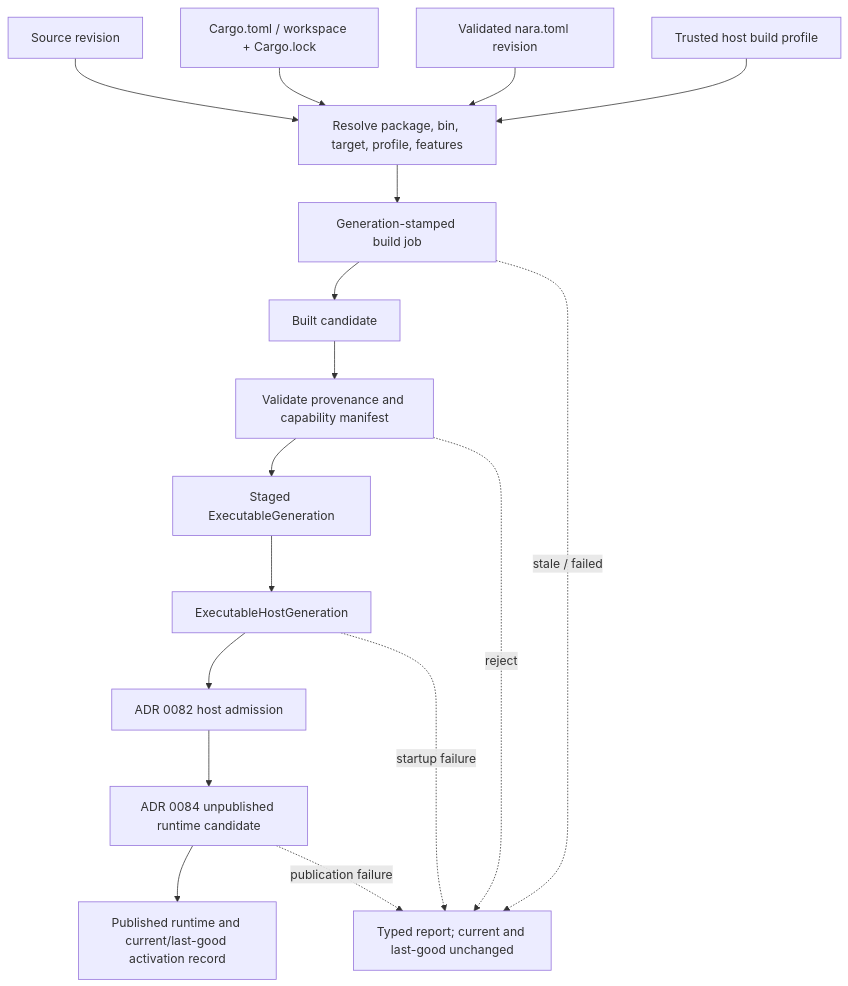
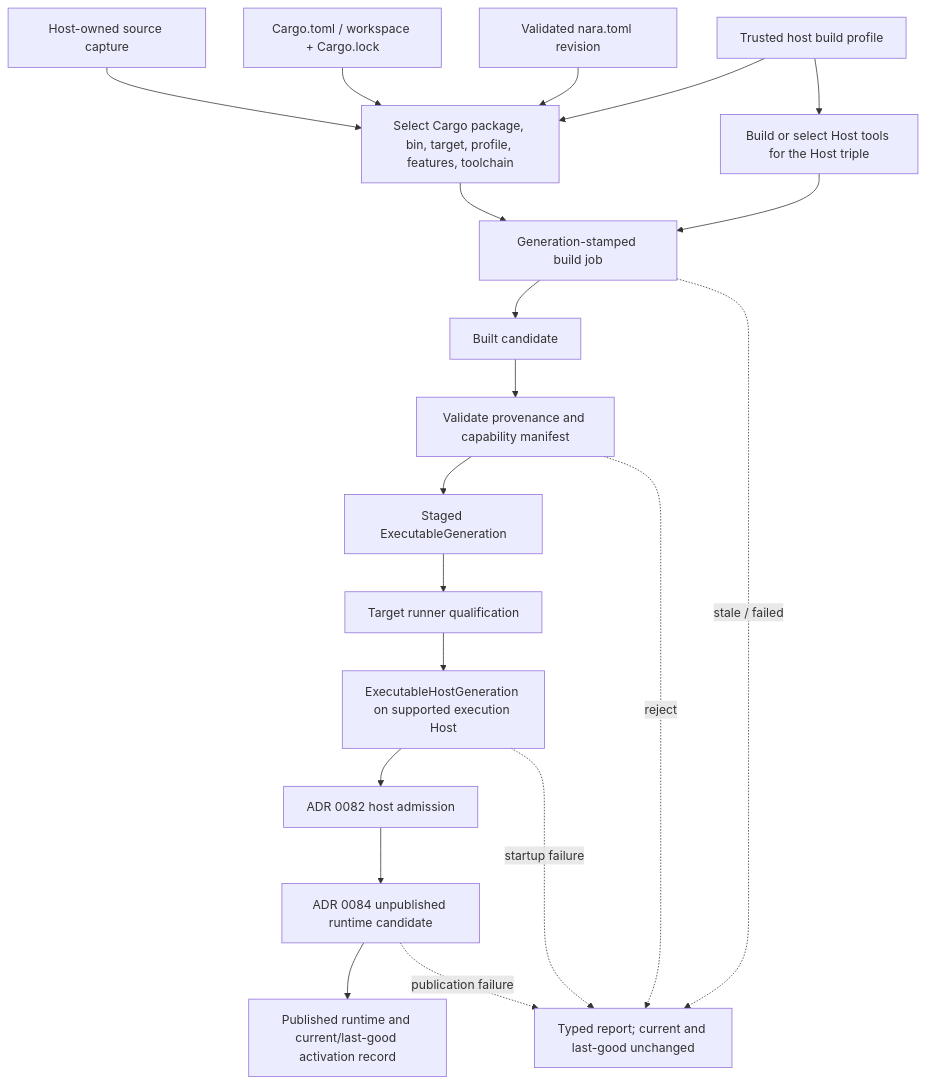
One commit to Latias94/nara changed the diagram in docs/architecture/adr/0086-rust-project-build-and-executable-generation.md. Above: the diagram before and after it, drawn with Mermaid. The commit also changed other lines of this file and 39 other files, not shown here.

First line of the commit message:
docs(architecture): rebaseline foundation and extension design

````diff
--- a/docs/architecture/adr/0086-rust-project-build-and-executable-generation.md
+++ b/docs/architecture/adr/0086-rust-project-build-and-executable-generation.md
@@ -38,26 +40,31 @@
 ```mermaid
 flowchart TD
-    Source[Source revision]
+    Source[Host-owned source capture]
     Cargo[Cargo.toml / workspace + Cargo.lock]
     Project[Validated nara.toml revision]
     Profile[Trusted host build profile]
-    Resolve[Resolve package, bin, target, profile, features]
+    Resolve[Select Cargo package, bin, target, profile, features, toolchain]
+    Tools[Build or select Host tools for the Host triple]
     Job[Generation-stamped build job]
     Built[Built candidate]
     Validate[Validate provenance and capability manifest]
     Staged[Staged ExecutableGeneration]
-    Host[ExecutableHostGeneration]
+    Qualify[Target runner qualification]
+    Host[ExecutableHostGeneration on supported execution Host]
     Admission[ADR 0082 host admission]
     Runtime[ADR 0084 unpublished runtime candidate]
     Ready[Published runtime and current/last-good activation record]
 
     Source --> Resolve
     Cargo --> Resolve
     Project --> Resolve
     Profile --> Resolve
-    Resolve --> Job --> Built --> Validate --> Staged --> Host --> Admission --> Runtime --> Ready
+    Profile --> Tools
+    Resolve --> Job --> Built --> Validate --> Staged
+    Tools --> Job
+    Staged --> Qualify --> Host --> Admission --> Runtime --> Ready
     Job -. stale / failed .-> Failed[Typed report; current and last-good unchanged]
     Validate -. reject .-> Failed
     Host -. startup failure .-> Failed
     Runtime -. publication failure .-> Failed
 ```
````
